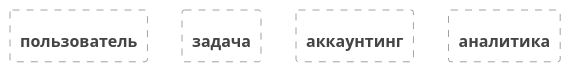
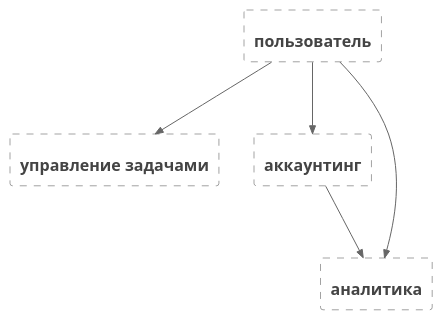
The diagram in docs/domains.puml (mhanygin/aTES), drawn with PlantUML before and after one commit. The commit also changed 16 other files, not shown here.

Commit message:
добавлены диаграммы и события

```diff
--- a/docs/domains.puml
+++ b/docs/domains.puml
@@ -1,18 +1,23 @@
 @startuml domains
 
 !include https://raw.githubusercontent.com/plantuml-stdlib/C4-PlantUML/master/C4_Component.puml
 
 Boundary(user, "пользователь") {
 }
 
-Boundary(task, "задача") {
-
+Boundary(task, "управление задачами") {
 }
 
 Boundary(accounting, "аккаунтинг") {
 }
 
 Boundary(analytic, "аналитика") {
 }
 
+Rel(user, task, "")
+Rel(user, accounting, "")
+Rel(user, analytic, "")
+
+Rel(accounting, analytic, "")
+
 @enduml
```
